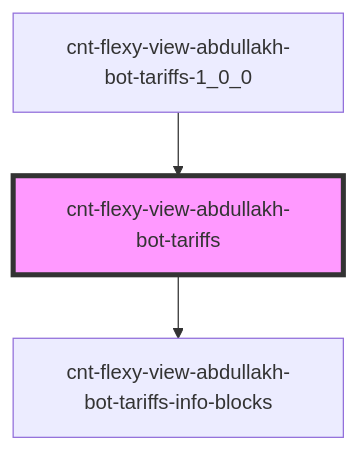
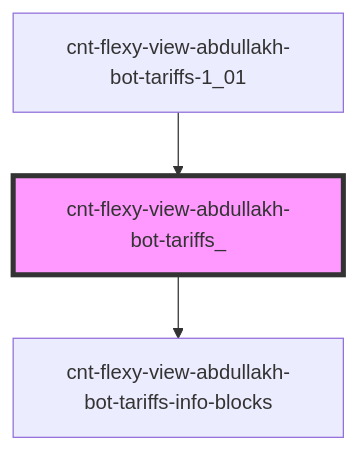
One commit to Wokh-Dada/botdevelopmentapp changed the diagram in src/components/cnt-flexy-view-abdullakh-bot-tariffs/res/view/cnt-flexy-view-abdullakh-bot-tariffs_/readme.md. Above: the diagram before and after it, drawn with Mermaid. The commit also changed other lines of this file and 34 other files, not shown here.

````diff
--- a/src/components/cnt-flexy-view-abdullakh-bot-tariffs/res/view/cnt-flexy-view-abdullakh-bot-tariffs_/readme.md
+++ b/src/components/cnt-flexy-view-abdullakh-bot-tariffs/res/view/cnt-flexy-view-abdullakh-bot-tariffs_/readme.md
@@ -34,6 +34,6 @@
 ```mermaid
 graph TD;
-  cnt-flexy-view-abdullakh-bot-tariffs --> cnt-flexy-view-abdullakh-bot-tariffs-info-blocks
-  cnt-flexy-view-abdullakh-bot-tariffs-1_0_0 --> cnt-flexy-view-abdullakh-bot-tariffs
-  style cnt-flexy-view-abdullakh-bot-tariffs fill:#f9f,stroke:#333,stroke-width:4px
+  cnt-flexy-view-abdullakh-bot-tariffs_ --> cnt-flexy-view-abdullakh-bot-tariffs-info-blocks
+  cnt-flexy-view-abdullakh-bot-tariffs-1_01 --> cnt-flexy-view-abdullakh-bot-tariffs_
+  style cnt-flexy-view-abdullakh-bot-tariffs_ fill:#f9f,stroke:#333,stroke-width:4px
 ```
````
